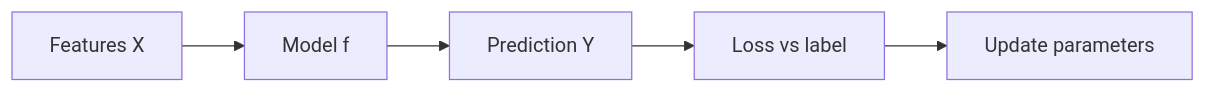
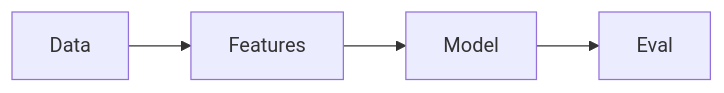
Before and after one commit to abdulsamad183/ai-engineering-playbook: the diagram in domains/machine-learning/ml-mental-model.md, drawn with Mermaid. The commit also changed other lines of this file and 203 other files, not shown here.

````diff
--- a/domains/machine-learning/ml-mental-model.md
+++ b/domains/machine-learning/ml-mental-model.md
@@ -26,7 +91,4 @@
 ```mermaid
 flowchart LR
-  X[Features X] --> F[Model f]
-  F --> Y[Prediction Y]
-  Y --> L[Loss vs label]
-  L --> U[Update parameters]
+  Data --> Features --> Model --> Eval
 ```
````
